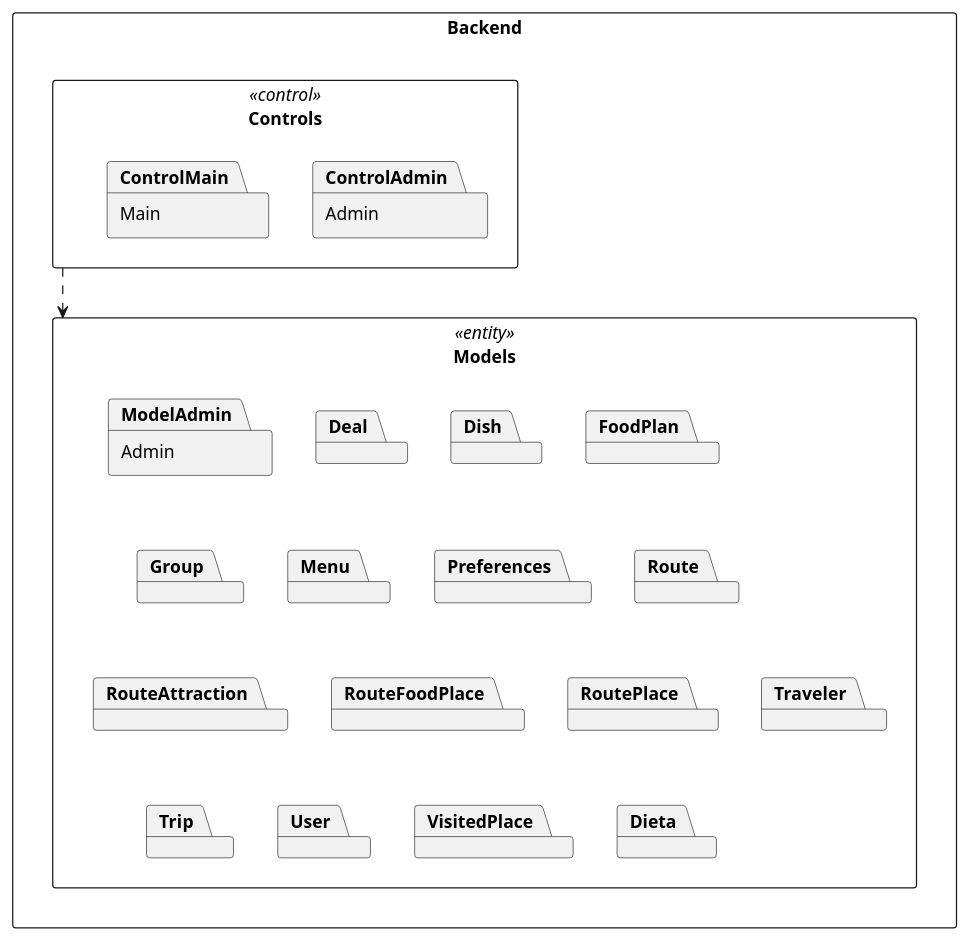
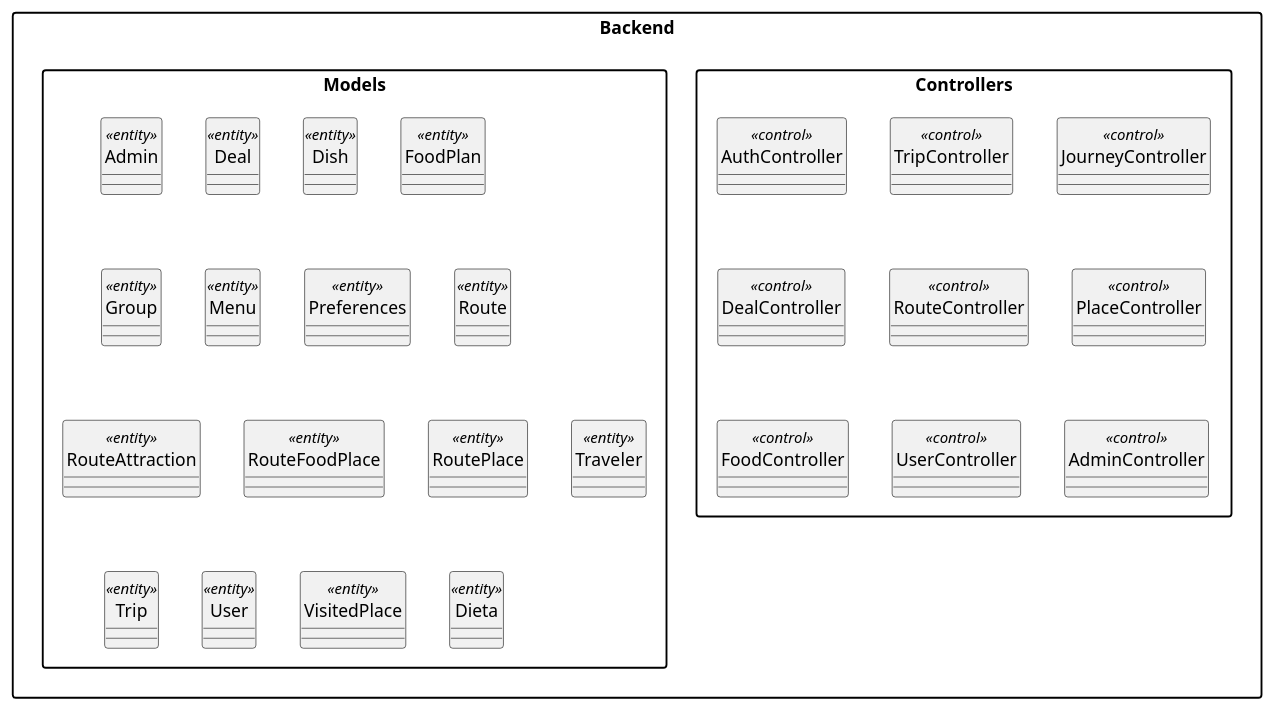
Before and after one commit to SauliusDev/ps-projektas: the diagram in _refs/diagrams-new-quick/package/backend.puml, drawn with PlantUML. The commit also changed 86 other files, not shown here.

First line of the commit message:
feat: rewrite P2 sequence/package diagrams with proper BCE components

```diff
--- a/_refs/diagrams-new-quick/package/backend.puml
+++ b/_refs/diagrams-new-quick/package/backend.puml
@@ -1,31 +1,39 @@
 @startuml Backend
 skinparam packageStyle rectangle
+skinparam classAttributeIconSize 0
+hide circle
 
 package "Backend" {
-  package "Controls" <<control>> as BackendControls {
-    package "Admin" as ControlAdmin
-    package "Main" as ControlMain
+  package "Controllers" as BEControllers {
+    class AuthController <<control>>
+    class TripController <<control>>
+    class JourneyController <<control>>
+    class DealController <<control>>
+    class RouteController <<control>>
+    class PlaceController <<control>>
+    class FoodController <<control>>
+    class UserController <<control>>
+    class AdminController <<control>>
   }
 
-  package "Models" <<entity>> {
-    package "Admin" as ModelAdmin
-    package "Deal"
-    package "Dish"
-    package "FoodPlan"
-    package "Group"
-    package "Menu"
-    package "Preferences"
-    package "Route"
-    package "RouteAttraction"
-    package "RouteFoodPlace"
-    package "RoutePlace"
-    package "Traveler"
-    package "Trip"
-    package "User"
-    package "VisitedPlace"
-    package "Dieta"
+  package "Models" as BEModels {
+    class Admin <<entity>>
+    class Deal <<entity>>
+    class Dish <<entity>>
+    class FoodPlan <<entity>>
+    class Group <<entity>>
+    class Menu <<entity>>
+    class Preferences <<entity>>
+    class Route <<entity>>
+    class RouteAttraction <<entity>>
+    class RouteFoodPlace <<entity>>
+    class RoutePlace <<entity>>
+    class Traveler <<entity>>
+    class Trip <<entity>>
+    class User <<entity>>
+    class VisitedPlace <<entity>>
+    class Dieta <<entity>>
   }
 
-  BackendControls ..> Models
 }
 @enduml
```
